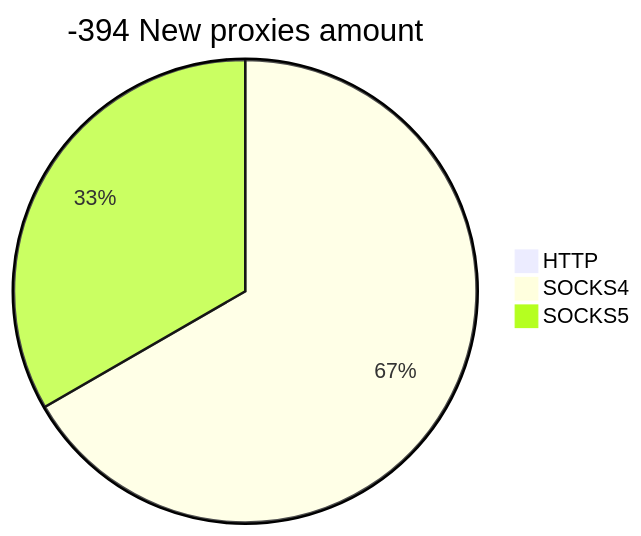
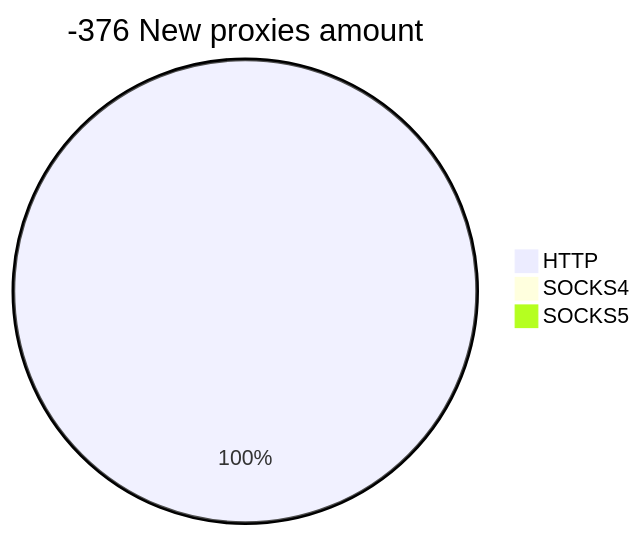
The second of 2 diagrams in README.md (cutipu/proxylist), drawn with Mermaid before and after one commit. The commit also changed other lines of this file, not shown here.

````diff
--- a/README.md
+++ b/README.md
@@ -10,6 +10,6 @@
 ```mermaid
-pie title -394 New proxies amount
-    "HTTP" : 0
-    "SOCKS4" : 2
-    "SOCKS5" : 1
+pie title -376 New proxies amount
+    "HTTP" : 372
+    "SOCKS4" : 0
+    "SOCKS5" : 0
 ```
````
